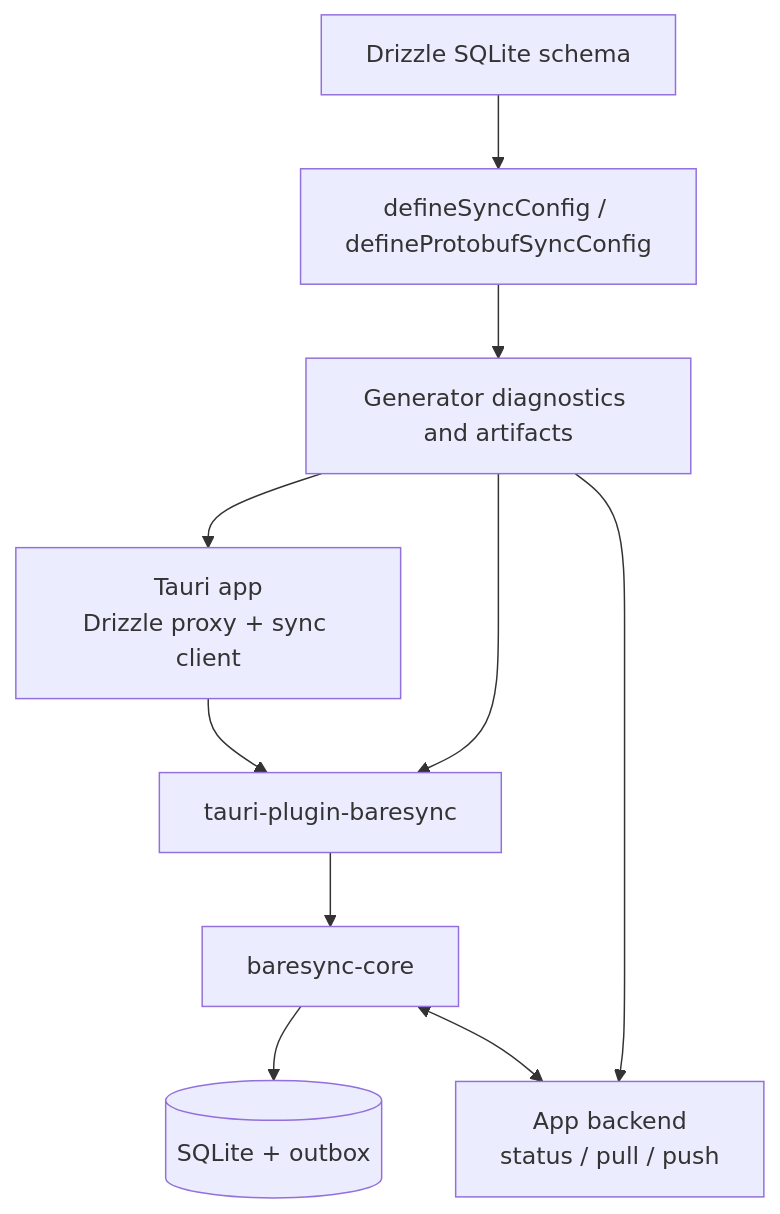
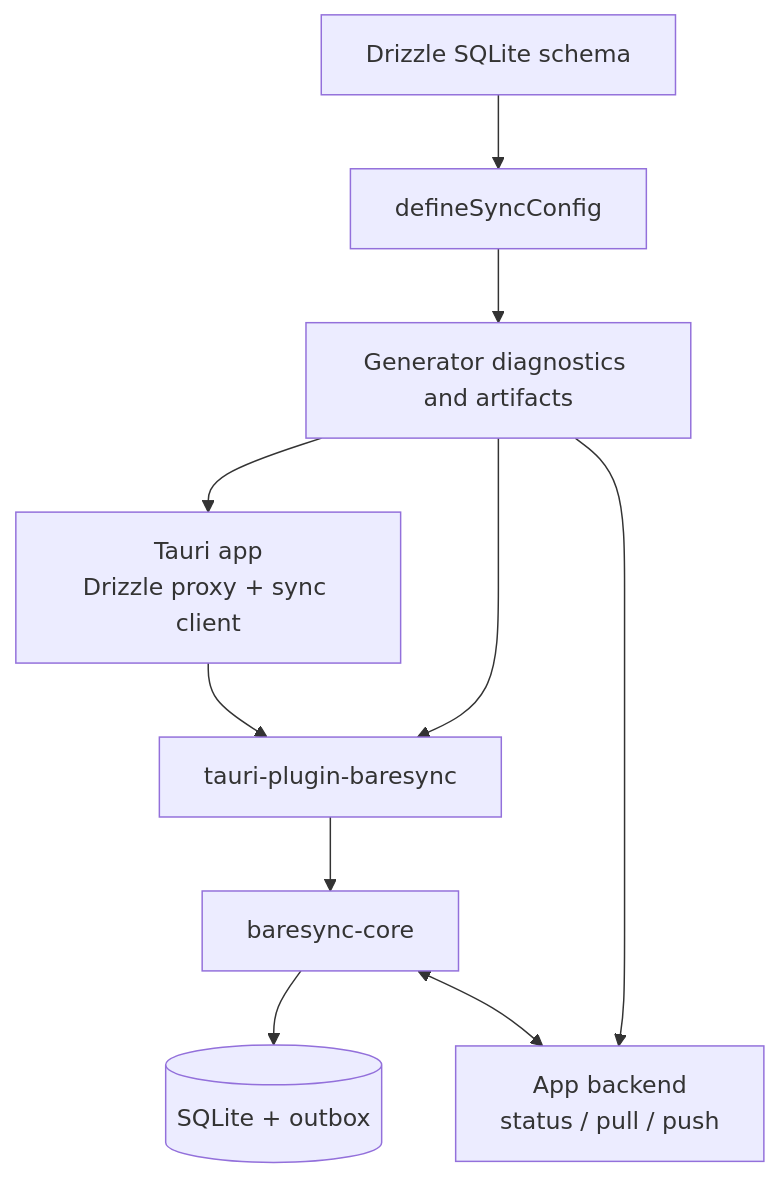
One commit to sakti-dev/baresync changed the diagram in README.md. Above: the diagram before and after it, drawn with Mermaid. The commit also changed other lines of this file and 7 other files, not shown here.

````diff
--- a/README.md
+++ b/README.md
@@ -49,18 +49,18 @@
 ```mermaid
 flowchart TD
   schema["Drizzle SQLite schema"]
-  contract["defineSyncConfig / defineProtobufSyncConfig"]
+  contract["defineSyncConfig"]
   generator["Generator diagnostics and artifacts"]
   app["Tauri app<br/>Drizzle proxy + sync client"]
   plugin["tauri-plugin-baresync"]
   core["baresync-core"]
   sqlite[("SQLite + outbox")]
   backend["App backend<br/>status / pull / push"]
 
   schema --> contract --> generator
   generator --> app
   generator --> plugin
   generator --> backend
   app --> plugin --> core --> sqlite
   core <--> backend
 ```
````
